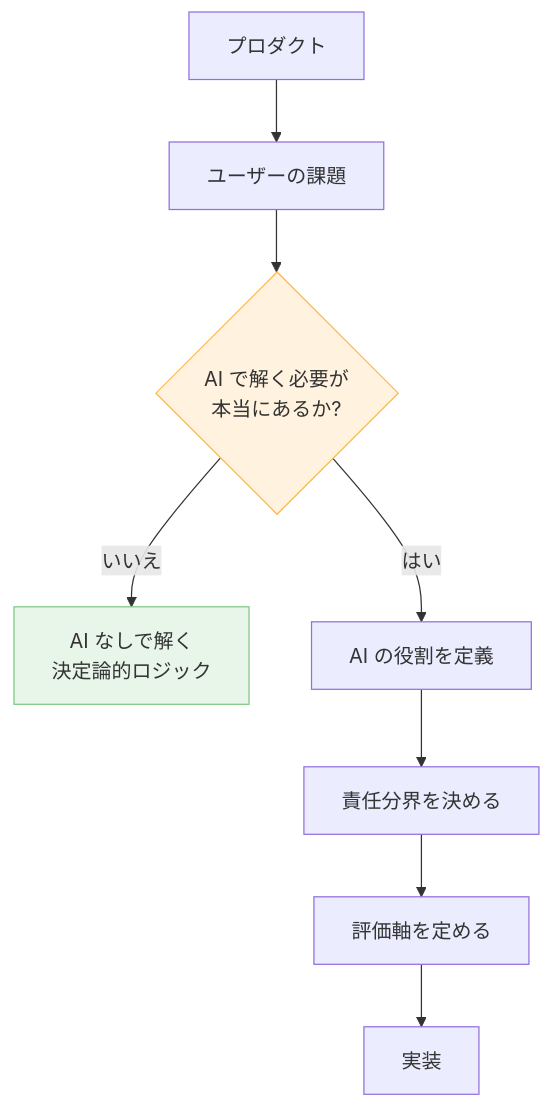
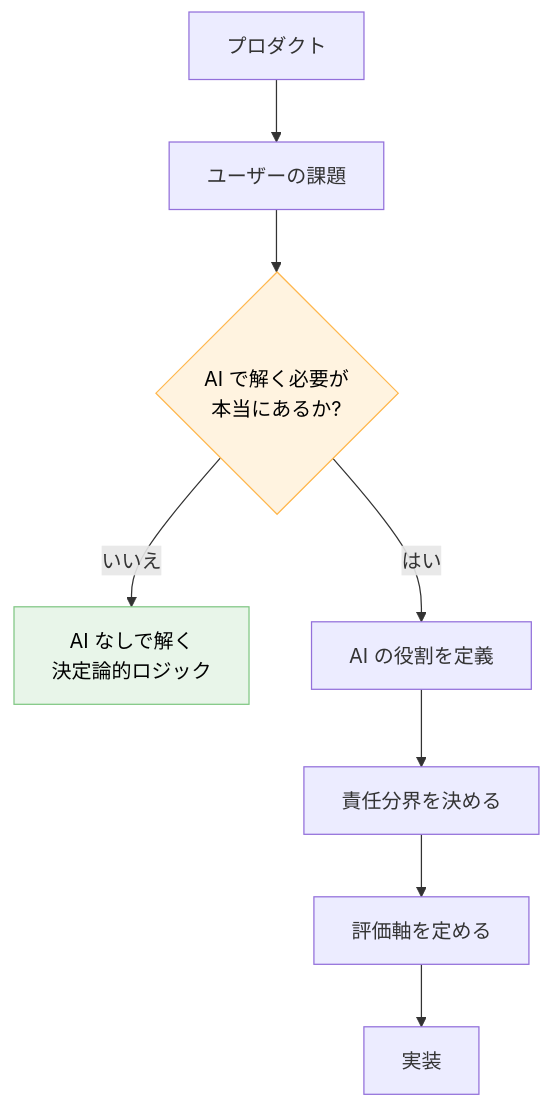
Before and after one commit to dinekt/dinekt-wiki: the first of 2 diagrams in docs/concepts/ai-プロダクト設計の-3-つの基本原則.md, drawn with Mermaid. The commit also changed other lines of this file and 71 other files, not shown here.

First line of the commit message:
fix: mermaid readability + remove GitHub repo toolbar

````diff
--- a/docs/concepts/ai-プロダクト設計の-3-つの基本原則.md
+++ b/docs/concepts/ai-プロダクト設計の-3-つの基本原則.md
@@ -25,14 +25,14 @@
 ```mermaid
 flowchart TD
     P[プロダクト]
     P --> C[ユーザーの課題]
     C --> J{AI で解く必要が<br/>本当にあるか?}
     J -->|いいえ| R[AI なしで解く<br/>決定論的ロジック]
     J -->|はい| A[AI の役割を定義]
     A --> D[責任分界を決める]
     D --> E[評価軸を定める]
     E --> B[実装]
 
-    style J fill:#fff3e0,stroke:#ffb74d
-    style R fill:#e8f5e9,stroke:#81c784
+    style J fill:#fff3e0,stroke:#ffb74d,color:#000
+    style R fill:#e8f5e9,stroke:#81c784,color:#000
 ```
````
